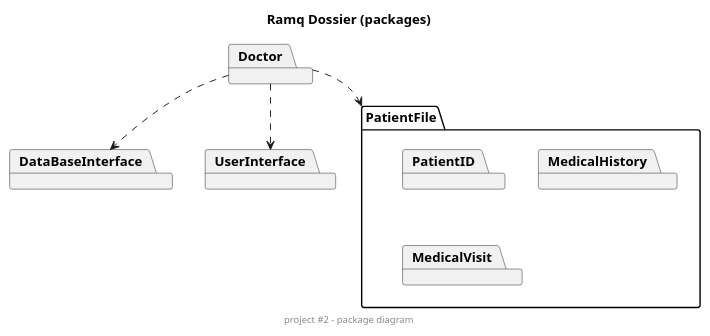
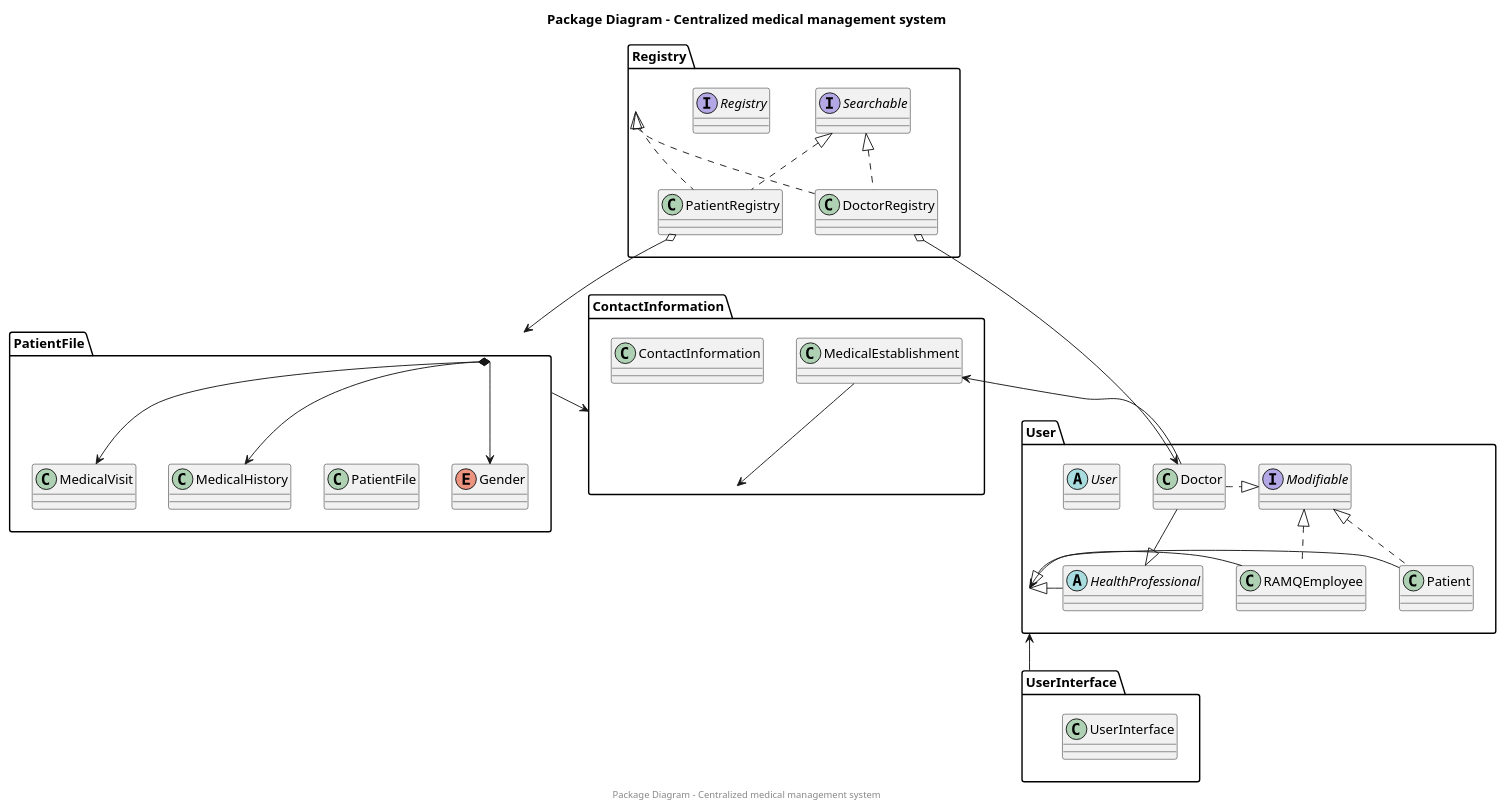
The diagram in Models/plantuml/package.puml (AmineSdi/PROJET_JAVAFX), drawn with PlantUML before and after one commit.

Commit message:
Ajoute diagramme de packages (codage par pairs)

```diff
--- a/Models/plantuml/package.puml
+++ b/Models/plantuml/package.puml
@@ -1,19 +1,60 @@
 @startuml
 'DOCUMENTATION
 'PLANTUML (look for instruction about package environment) : https://plantuml.com/fr/deployment-diagram
 'WHAT IS A PACKAGE DIAGRAM : https://www.visual-paradigm.com/guide/uml-unified-modeling-language/what-is-package-diagram/
-title Ramq Dossier (packages)
-center footer project #2 - package diagram
-package PatientFile{
-    package PatientID
-    package MedicalHistory
-    package MedicalVisit
+title Package Diagram - Centralized medical management system
+center footer Package Diagram - Centralized medical management system
+
+package PatientFile {
+    class PatientFile
+    class MedicalHistory
+    class MedicalVisit
+    enum Gender
 }
-package Doctor
-package DataBaseInterface
-package UserInterface
+PatientFile *--> MedicalHistory
+PatientFile *--> MedicalVisit
+PatientFile -> Gender
 
-Doctor ..> PatientFile
-Doctor ..> DataBaseInterface
-Doctor ..> UserInterface
+package Registry {
+    interface Searchable
+    interface Registry
+    class PatientRegistry
+    class DoctorRegistry
+}
+Searchable <|.. PatientRegistry
+Searchable <|.. DoctorRegistry
+Registry <|.. PatientRegistry
+Registry <|.. DoctorRegistry
+PatientRegistry o--> PatientFile
+
+package ContactInformation {
+    class MedicalEstablishment
+    class ContactInformation
+}
+MedicalEstablishment --> ContactInformation
+PatientFile --> ContactInformation
+
+package User {
+    class Doctor
+    class RAMQEmployee
+    class Patient
+    abstract HealthProfessional
+    abstract User
+    interface Modifiable
+}
+DoctorRegistry o--> Doctor
+MedicalEstablishment <-- Doctor
+Doctor --|> HealthProfessional
+Doctor .|> Modifiable
+Modifiable <|.. RAMQEmployee
+RAMQEmployee --|> User
+HealthProfessional -|> User
+User <- Patient
+Modifiable <|.. Patient
+
+package UserInterface {
+    class UserInterface
+}
+User <-- UserInterface
+
 @enduml
```
